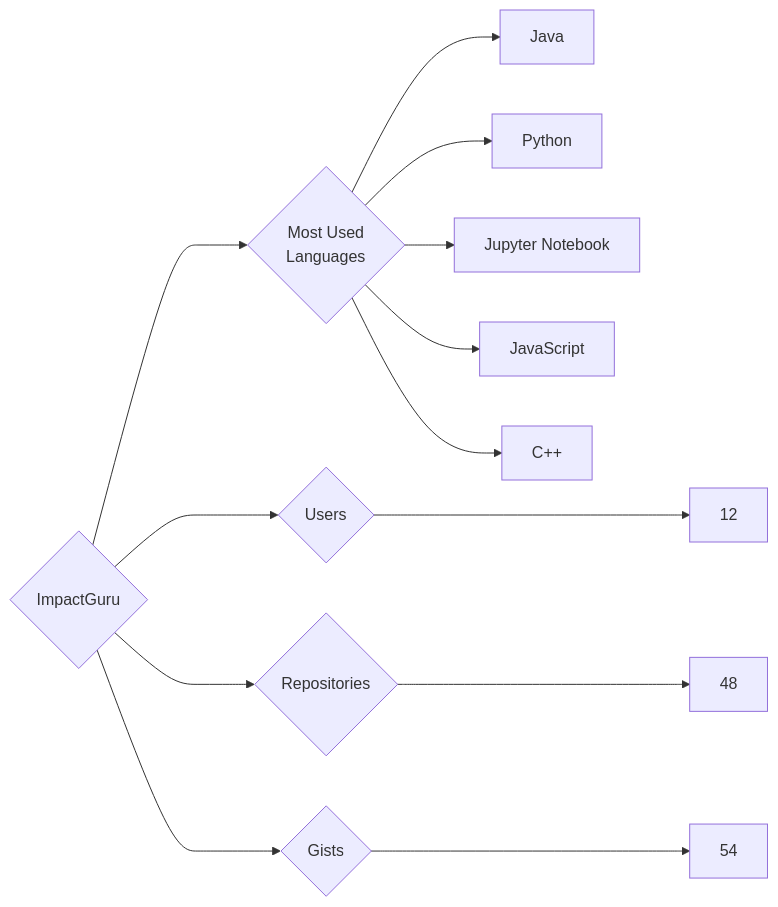
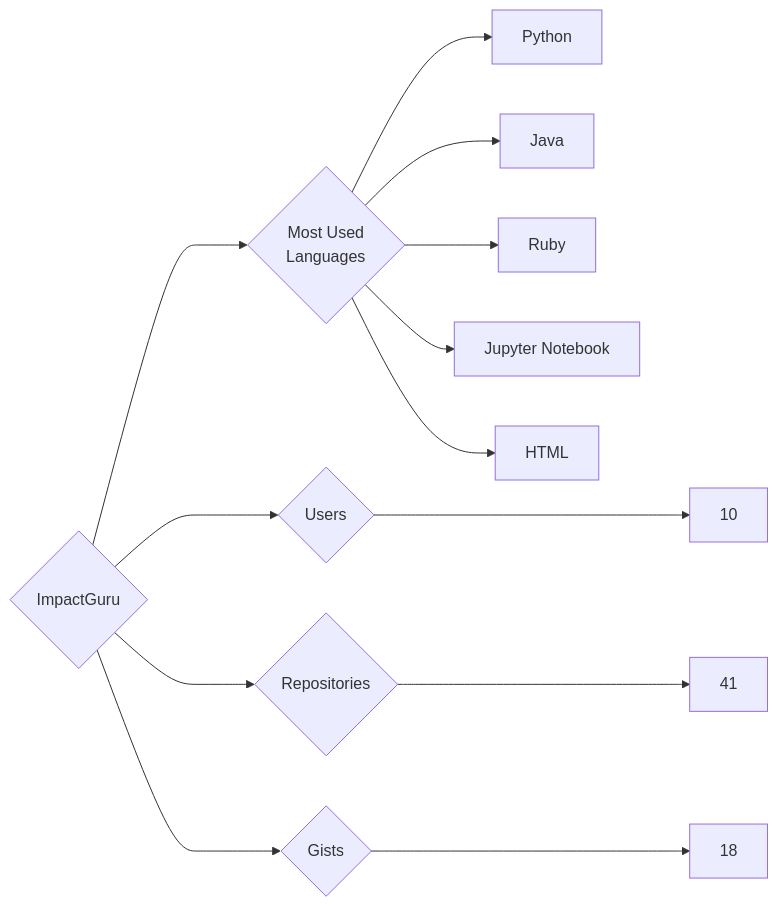
One commit to trickest/insiders changed the diagram in targets/ImpactGuru/README.md. Above: the diagram before and after it, drawn with Mermaid. The commit also changed 847 other files, not shown here.

````diff
--- a/targets/ImpactGuru/README.md
+++ b/targets/ImpactGuru/README.md
@@ -3,13 +3,13 @@
 ```mermaid
 graph LR
 COMPANY_NAME{ImpactGuru}
-COMPANY_NAME ---> U{Users} ---> UN[12]
-COMPANY_NAME ---> R{Repositories} ---> RN[48]
-COMPANY_NAME ---> G{Gists} ---> GN[54]
+COMPANY_NAME ---> U{Users} ---> UN[10]
+COMPANY_NAME ---> R{Repositories} ---> RN[41]
+COMPANY_NAME ---> G{Gists} ---> GN[18]
 COMPANY_NAME ---> ML{Most Used<br>Languages}
+ML --> Python[Python]
 ML --> Java[Java]
-ML --> Python[Python]
+ML --> Ruby[Ruby]
 ML --> Jupyter_Notebook[Jupyter Notebook]
-ML --> JavaScript[JavaScript]
-ML --> C++[C++]
+ML --> HTML[HTML]
 ```
````
